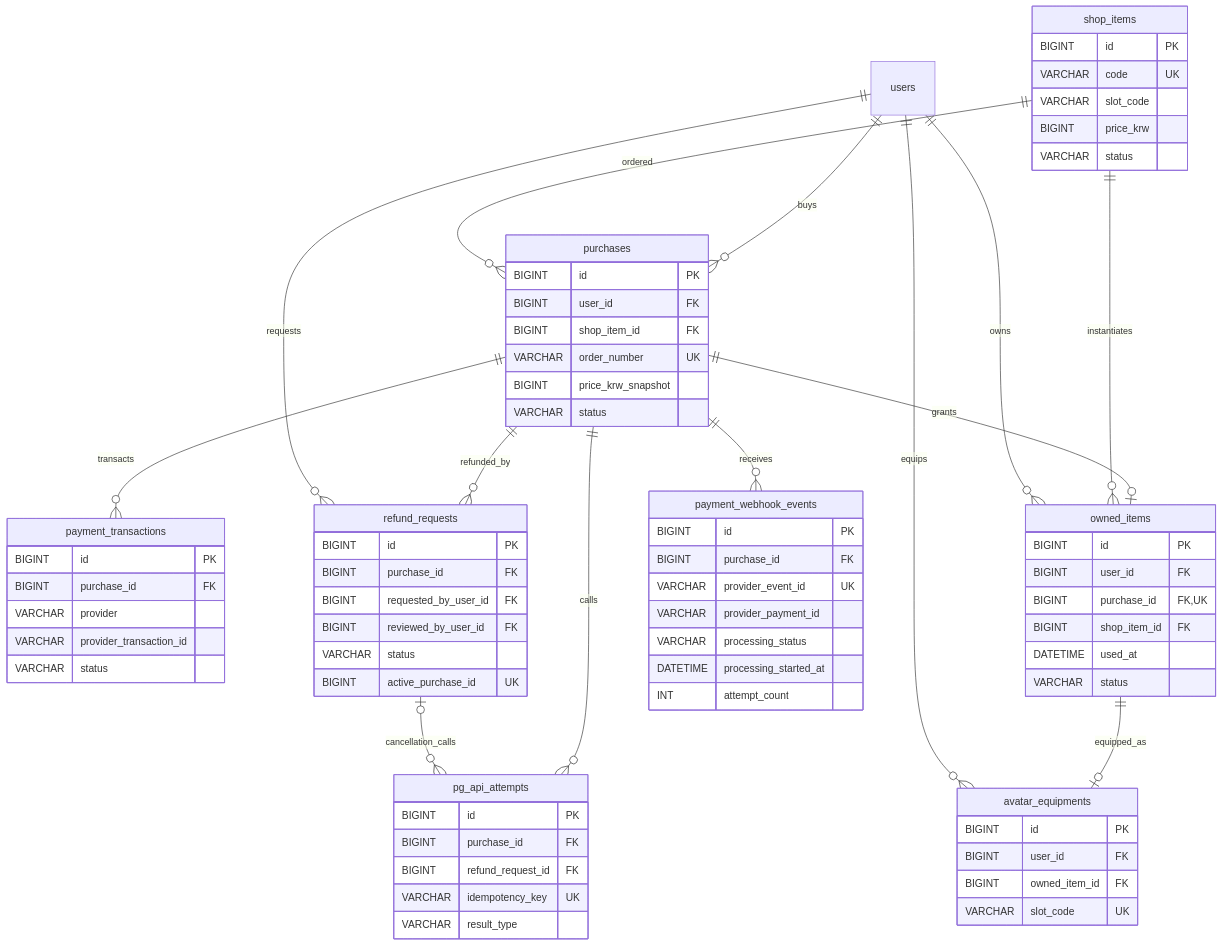
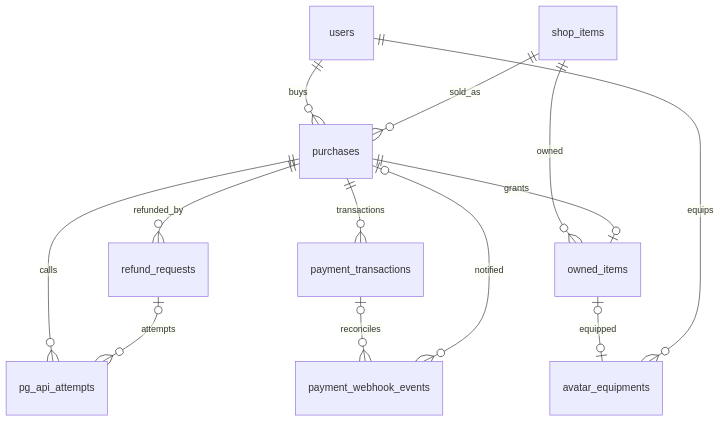
The fourth of 5 diagrams in docs/database-design.md (heebaek200/shared-creature-game), drawn with Mermaid before and after one commit. The commit also changed other lines of this file and 5 other files, not shown here.

````diff
--- a/docs/database-design.md
+++ b/docs/database-design.md
@@ -356,77 +162,15 @@
 ```mermaid
 erDiagram
-    shop_items {
-        BIGINT id PK
-        VARCHAR code UK
-        VARCHAR slot_code
-        BIGINT price_krw
-        VARCHAR status
-    }
-    purchases {
-        BIGINT id PK
-        BIGINT user_id FK
-        BIGINT shop_item_id FK
-        VARCHAR order_number UK
-        BIGINT price_krw_snapshot
-        VARCHAR status
-    }
-    payment_transactions {
-        BIGINT id PK
-        BIGINT purchase_id FK
-        VARCHAR provider
-        VARCHAR provider_transaction_id
-        VARCHAR status
-    }
-    owned_items {
-        BIGINT id PK
-        BIGINT user_id FK
-        BIGINT purchase_id FK, UK
-        BIGINT shop_item_id FK
-        DATETIME used_at
-        VARCHAR status
-    }
-    avatar_equipments {
-        BIGINT id PK
-        BIGINT user_id FK
-        BIGINT owned_item_id FK
-        VARCHAR slot_code UK
-    }
-    refund_requests {
-        BIGINT id PK
-        BIGINT purchase_id FK
-        BIGINT requested_by_user_id FK
-        BIGINT reviewed_by_user_id FK
-        VARCHAR status
-        BIGINT active_purchase_id UK
-    }
-    pg_api_attempts {
-        BIGINT id PK
-        BIGINT purchase_id FK
-        BIGINT refund_request_id FK
-        VARCHAR idempotency_key UK
-        VARCHAR result_type
-    }
-    payment_webhook_events {
-        BIGINT id PK
-        BIGINT purchase_id FK
-        VARCHAR provider_event_id UK
-        VARCHAR provider_payment_id
-        VARCHAR processing_status
-        DATETIME processing_started_at
-        INT attempt_count
-    }
-
+    shop_items ||--o{ purchases : sold_as
     users ||--o{ purchases : buys
-    shop_items ||--o{ purchases : ordered
-    purchases ||--o{ payment_transactions : transacts
+    purchases ||--o{ payment_transactions : transactions
     purchases ||--o| owned_items : grants
-    shop_items ||--o{ owned_items : instantiates
-    users ||--o{ owned_items : owns
-    owned_items ||--o| avatar_equipments : equipped_as
+    shop_items ||--o{ owned_items : owned
     users ||--o{ avatar_equipments : equips
+    owned_items o|--o| avatar_equipments : equipped
     purchases ||--o{ refund_requests : refunded_by
-    users ||--o{ refund_requests : requests
+    refund_requests o|--o{ pg_api_attempts : attempts
     purchases ||--o{ pg_api_attempts : calls
-    refund_requests o|--o{ pg_api_attempts : cancellation_calls
-    purchases ||--o{ payment_webhook_events : receives
+    purchases o|--o{ payment_webhook_events : notified
+    payment_transactions o|--o{ payment_webhook_events : reconciles
 ```
````
